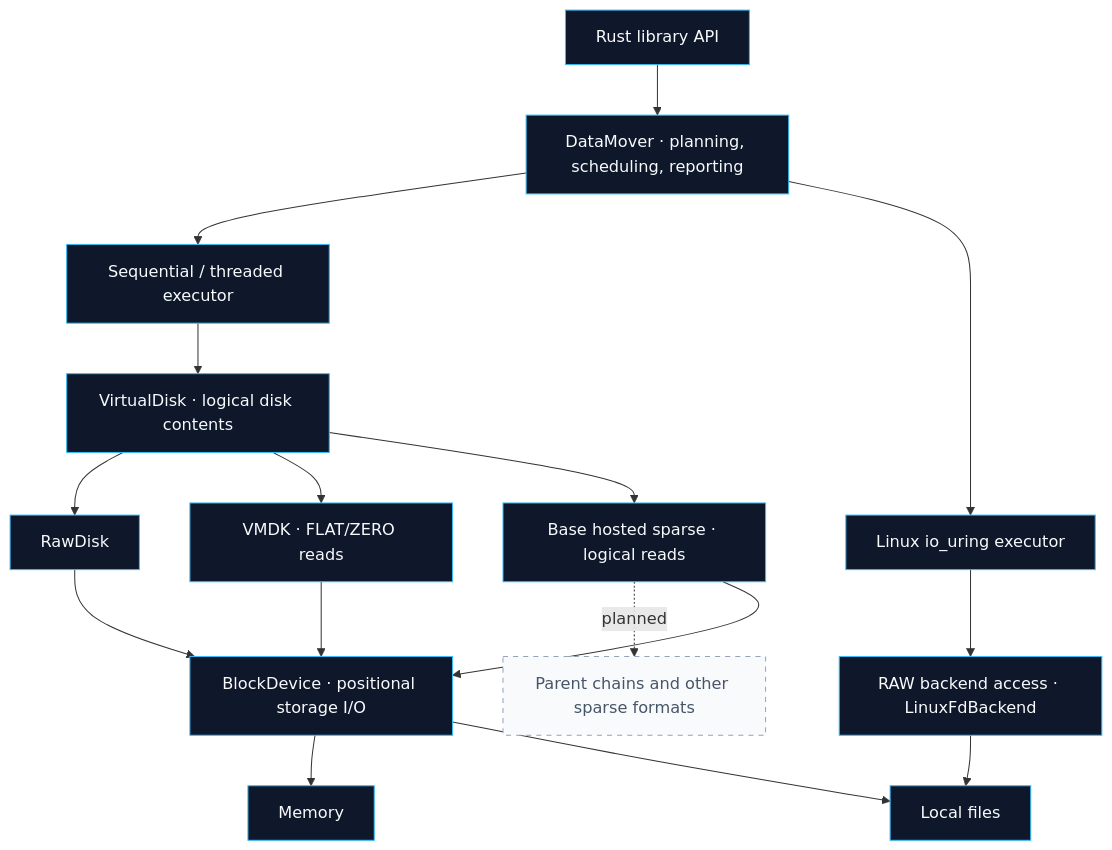
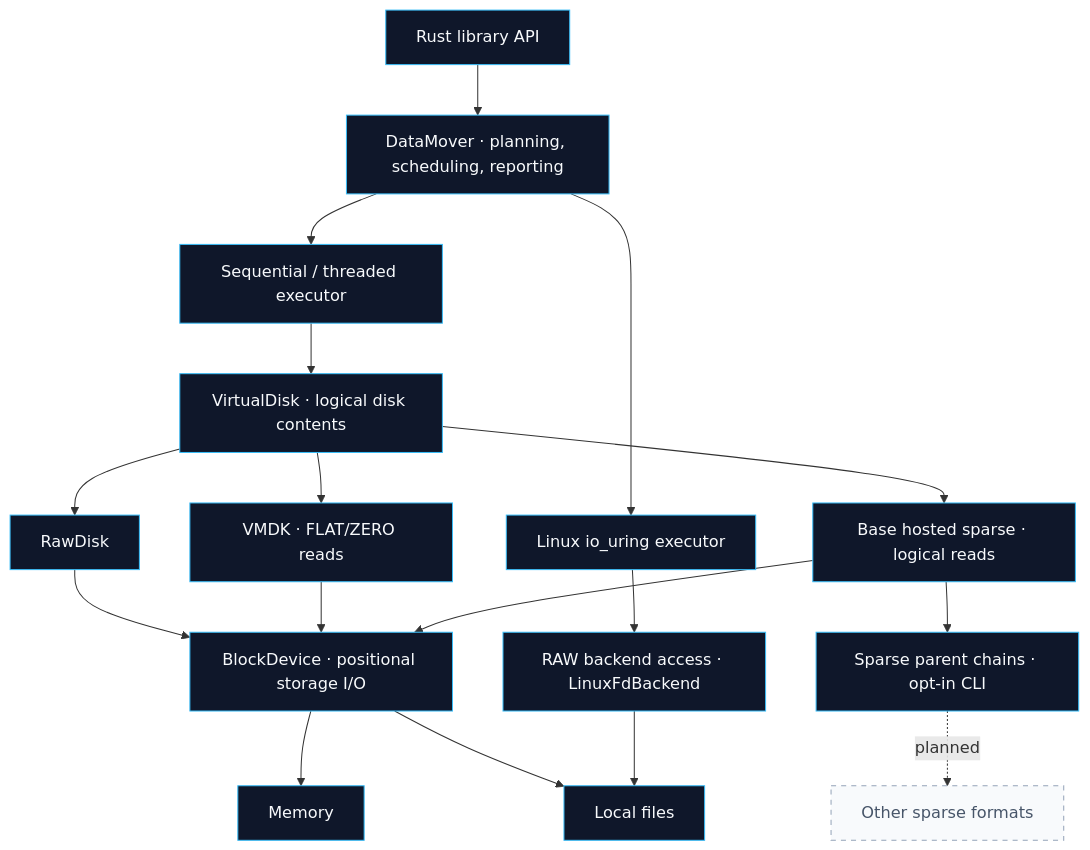
One commit to arencloud/rvvdk changed the diagram in README.md. Above: the diagram before and after it, drawn with Mermaid. The commit also changed other lines of this file and 164 other files, not shown here.

Commit message:
feat(cli): expose confined sparse parent chains

````diff
--- a/README.md
+++ b/README.md
@@ -135,23 +136,24 @@
 ```mermaid
 flowchart TD
     API["Rust library API"] --> Mover["DataMover · planning, scheduling, reporting"]
     Mover --> Portable["Sequential / threaded executor"]
     Mover --> Native["Linux io_uring executor"]
     Portable --> Logical["VirtualDisk · logical disk contents"]
     Logical --> Raw["RawDisk"]
     Raw --> Device["BlockDevice · positional storage I/O"]
     Device --> Memory["Memory"]
     Device --> Local["Local files"]
     Native --> FD["RAW backend access · LinuxFdBackend"]
     FD --> Local
     Logical --> VMDK["VMDK · FLAT/ZERO reads"]
     Logical --> Sparse["Base hosted sparse · logical reads"]
-    Sparse -. "planned" .-> Parents["Parent chains and other sparse formats"]
+    Sparse --> Parents["Sparse parent chains · opt-in CLI"]
+    Parents -. "planned" .-> Other["Other sparse formats"]
     VMDK --> Device
     Sparse --> Device
 
     classDef implemented fill:#0f172a,stroke:#38bdf8,color:#f8fafc;
     classDef planned fill:#f8fafc,stroke:#94a3b8,color:#475569,stroke-dasharray:5 5;
-    class API,Mover,Portable,Native,Logical,Raw,Device,Memory,Local,FD,VMDK,Sparse implemented;
-    class Parents planned;
+    class API,Mover,Portable,Native,Logical,Raw,Device,Memory,Local,FD,VMDK,Sparse,Parents implemented;
+    class Other planned;
 ```
````
